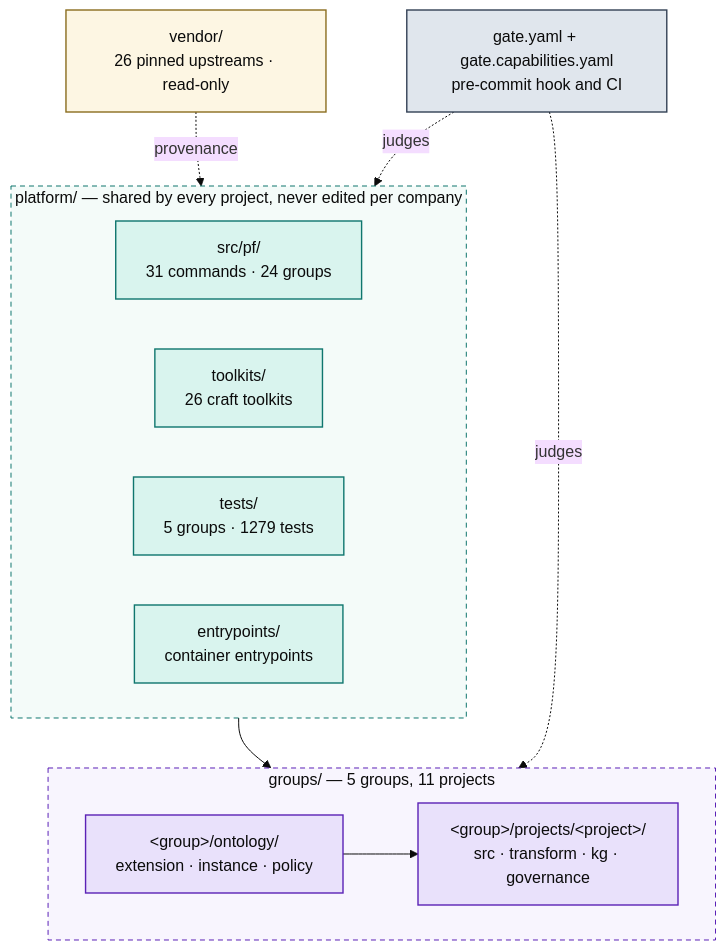
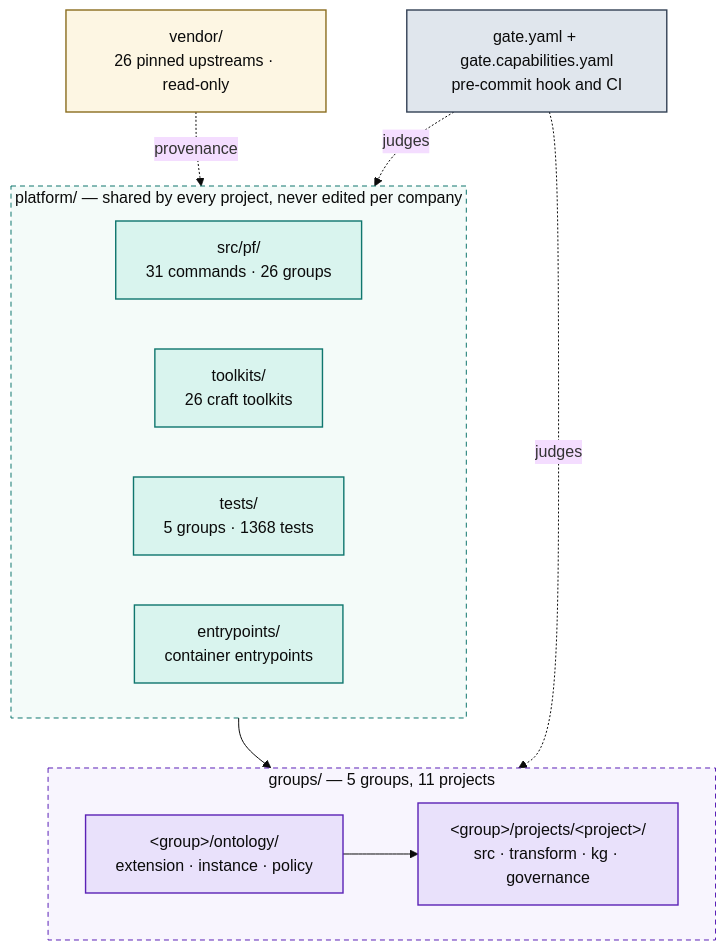
The first of 5 diagrams in docs/ARCHITECTURE.md (Atomz-org/data-platform), drawn with Mermaid (base theme) before and after one commit. The commit also changed other lines of this file and 11 other files, not shown here.

````diff
--- a/docs/ARCHITECTURE.md
+++ b/docs/ARCHITECTURE.md
@@ -15,36 +15,36 @@
 ```mermaid
 flowchart TB
   subgraph SHARED["platform/ — shared by every project, never edited per company"]
     direction LR
-    ENG["src/pf/<br/>31 commands · 24 groups"]
+    ENG["src/pf/<br/>31 commands · 26 groups"]
     TK["toolkits/<br/>26 craft toolkits"]
-    TST["tests/<br/>5 groups · 1279 tests"]
+    TST["tests/<br/>5 groups · 1368 tests"]
     ENT["entrypoints/<br/>container entrypoints"]
   end
 
   subgraph ENTITIES["groups/ — 5 groups, 11 projects"]
     direction LR
     GRP["&lt;group&gt;/ontology/<br/>extension · instance · policy"]
     PRJ["&lt;group&gt;/projects/&lt;project&gt;/<br/>src · transform · kg · governance"]
     GRP --> PRJ
   end
 
   VEN["vendor/<br/>26 pinned upstreams · read-only"]
   GATE["gate.yaml + gate.capabilities.yaml<br/>pre-commit hook and CI"]
 
   SHARED --> ENTITIES
   VEN -.provenance.-> SHARED
   GATE -.judges.-> ENTITIES
   GATE -.judges.-> SHARED
 
   classDef code fill:#d9f4ee,stroke:#0f766e,stroke-width:1.4px,color:#0b0b0b
   classDef data fill:#e9e1fb,stroke:#5b21b6,stroke-width:1.4px,color:#0b0b0b
   classDef gov fill:#e0e6ed,stroke:#334155,stroke-width:1.4px,color:#0b0b0b
   classDef ext fill:#fdf6e3,stroke:#8a6d1f,stroke-width:1.4px,color:#0b0b0b
   class ENG,TK,TST,ENT code
   class GRP,PRJ data
   class GATE gov
   class VEN ext
   style SHARED fill:#f4fbf9,stroke:#0f766e,stroke-dasharray:5 4,color:#0b0b0b
   style ENTITIES fill:#f8f5fe,stroke:#5b21b6,stroke-dasharray:5 4,color:#0b0b0b
 ```
````
